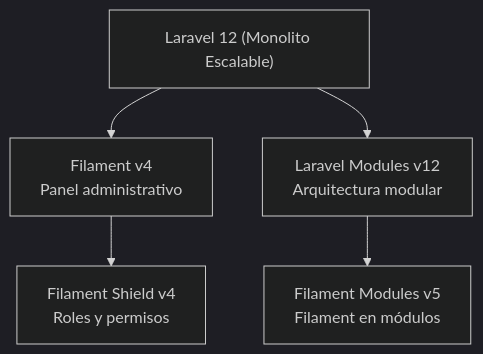
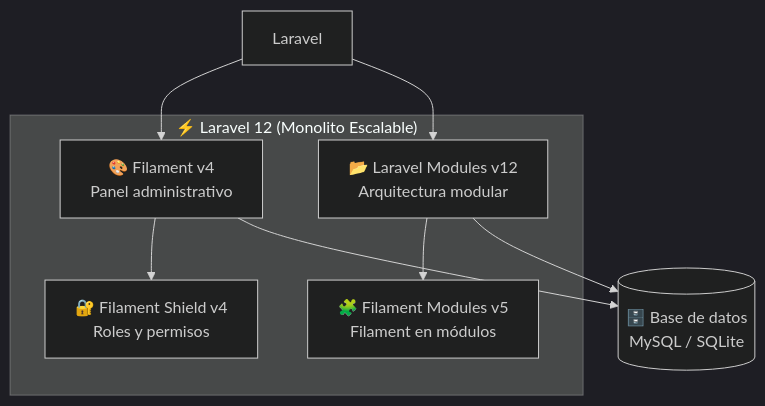
One commit to Andres020Mi/CEFAEMPRESA-ERP changed the second of 3 diagrams in README.md. Above: the diagram before and after it, drawn with Mermaid (dark theme). The commit also changed other lines of this file, not shown here.

````diff
--- a/README.md
+++ b/README.md
@@ -46,14 +48,20 @@
 ```mermaid
 graph TD
-    Laravel["Laravel 12 (Monolito Escalable)"]
+    subgraph Core["⚡ Laravel 12 (Monolito Escalable)"]
+        Filament["🎨 Filament v4<br/>Panel administrativo"]
+        Modules["📂 Laravel Modules v12<br/>Arquitectura modular"]
+        FilamentModules["🧩 Filament Modules v5<br/>Filament en módulos"]
+        Shield["🔐 Filament Shield v4<br/>Roles y permisos"]
+    end
 
-    Filament["Filament v4<br/>Panel administrativo"]
-    Modules["Laravel Modules v12<br/>Arquitectura modular"]
-    FilamentModules["Filament Modules v5<br/>Filament en módulos"]
-    Shield["Filament Shield v4<br/>Roles y permisos"]
+    DB[("🗄️ Base de datos<br/>MySQL / SQLite")]
 
     Laravel --> Filament
     Laravel --> Modules
     Modules --> FilamentModules
     Filament --> Shield
+    Filament --> DB
+    Modules --> DB
+
+
 ```
````
